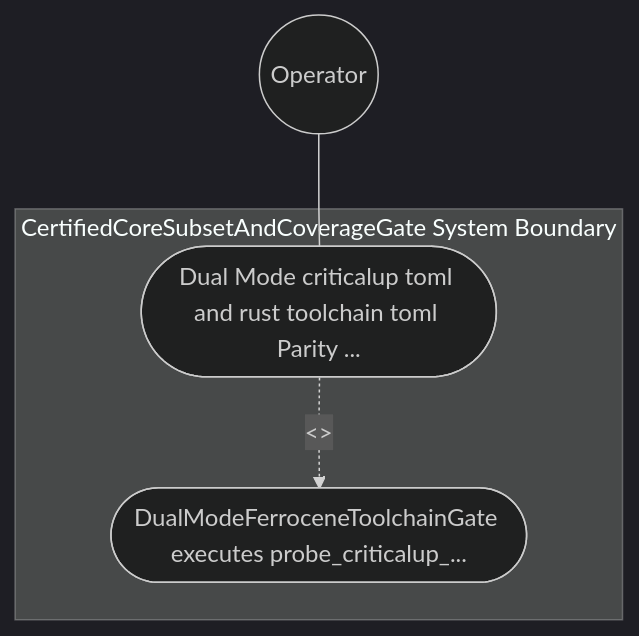
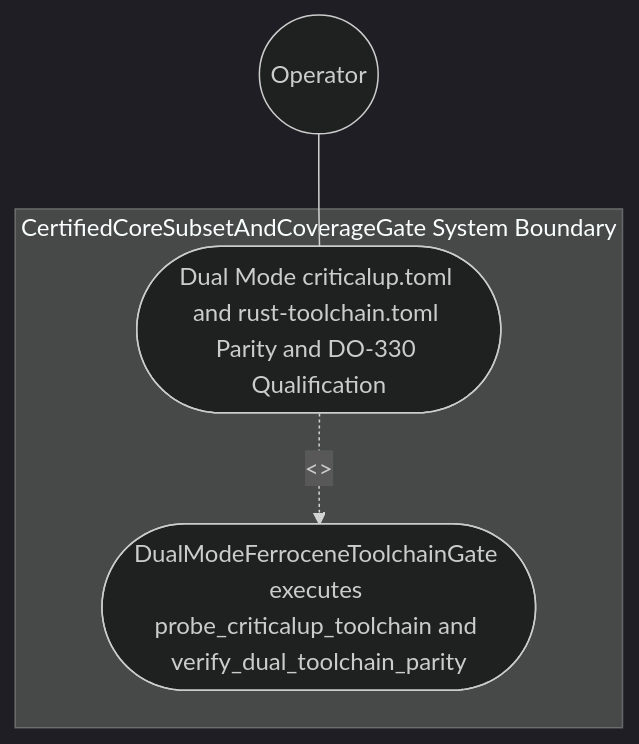
Before and after one commit to gintatkinson/DEAP01-spec-core: the diagram in .pipeline/upstream/docs/use-cases/UC-59-Dual_Mode_criticalup_toml_and_rust_toolchain_toml_Parity_Cross_Platform_Discovery_and_DO_330_Fixed_Point_Qualification.md, drawn with Mermaid (dark theme). The commit also changed other lines of this file and 225 other files, not shown here.

````diff
--- a/.pipeline/upstream/docs/use-cases/UC-59-Dual_Mode_criticalup_toml_and_rust_toolchain_toml_Parity_Cross_Platform_Discovery_and_DO_330_Fixed_Point_Qualification.md
+++ b/.pipeline/upstream/docs/use-cases/UC-59-Dual_Mode_criticalup_toml_and_rust_toolchain_toml_Parity_Cross_Platform_Discovery_and_DO_330_Fixed_Point_Qualification.md
@@ -16,9 +16,9 @@
 ```mermaid
 graph TD
     subgraph "CertifiedCoreSubsetAndCoverageGate System Boundary"
-        UC_Main(["Dual Mode criticalup toml and rust toolchain toml Parity ..."])
-        UC_Step01(["DualModeFerroceneToolchainGate executes probe_criticalup_..."])
+        UC_Main(["Dual Mode criticalup.toml and rust-toolchain.toml Parity and DO-330 Qualification"])
+        UC_Step01(["DualModeFerroceneToolchainGate executes probe_criticalup_toolchain and verify_dual_toolchain_parity"])
     end
     Operator(("Operator")) --- UC_Main
     UC_Main -. "<<include>>" .-> UC_Step01
 ```
````
